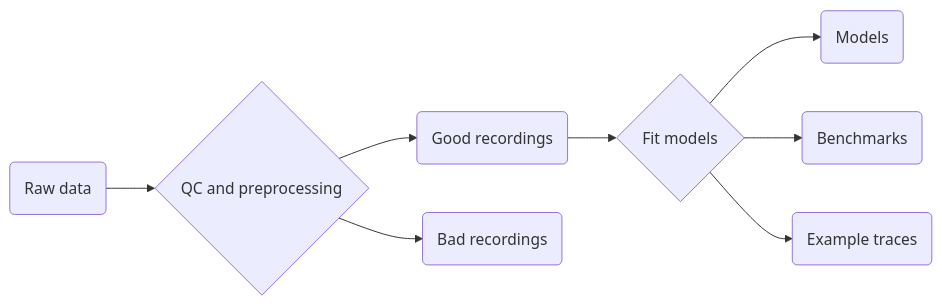
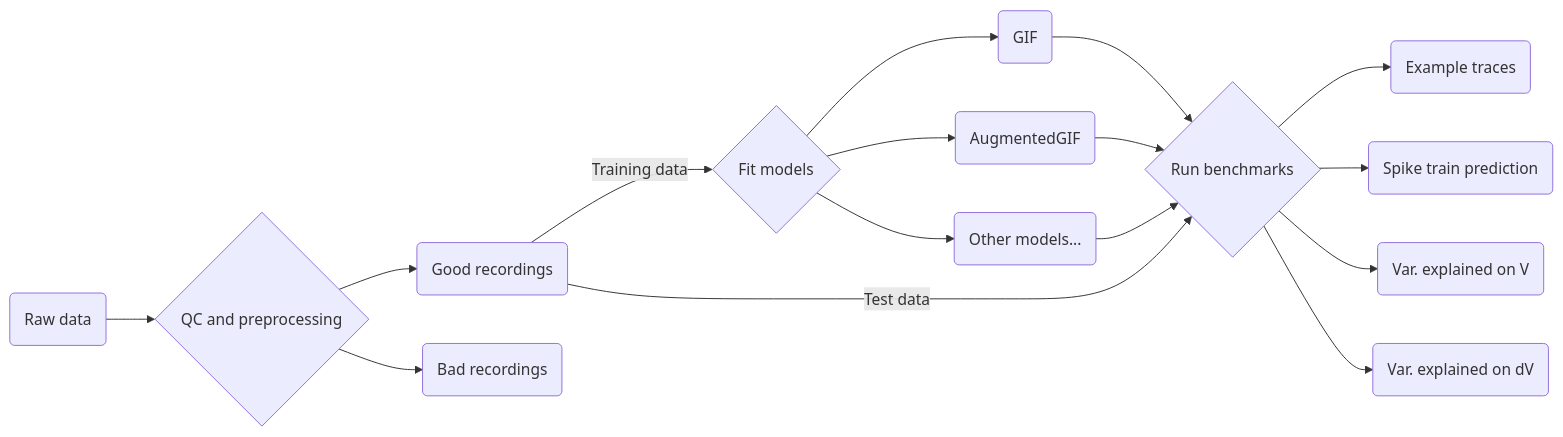
Before and after one commit to nauralcodinglab/raphegif: the first of 2 diagrams in analysis/GIF_pipeline/description.md, drawn with Mermaid. The commit also changed other lines of this file, not shown here.

Commit message:
Improve documentation

````diff
--- a/analysis/GIF_pipeline/description.md
+++ b/analysis/GIF_pipeline/description.md
@@ -8,12 +4,22 @@
 ```mermaid
 graph LR
 
 raw(Raw data) --> qc{QC and preprocessing}
 qc --> good(Good recordings)
 qc --> bad(Bad recordings)
 
-good --> fit{Fit models}
-fit --> mod(Models)
-fit --> bench(Benchmarks)
-fit --> ex(Example traces)
+good -- Training data --> fit{Fit models}
+fit --> GIF(GIF)
+fit --> AugmentedGIF(AugmentedGIF)
+fit --> othermod(Other models...)
+
+GIF --> bench{Run benchmarks}
+AugmentedGIF --> bench
+othermod --> bench
+good -- Test data --> bench
+
+bench --> ex(Example traces)
+bench --> md(Spike train prediction)
+bench --> r2V(Var. explained on V)
+bench --> r2dV(Var. explained on dV)
 ```
````
